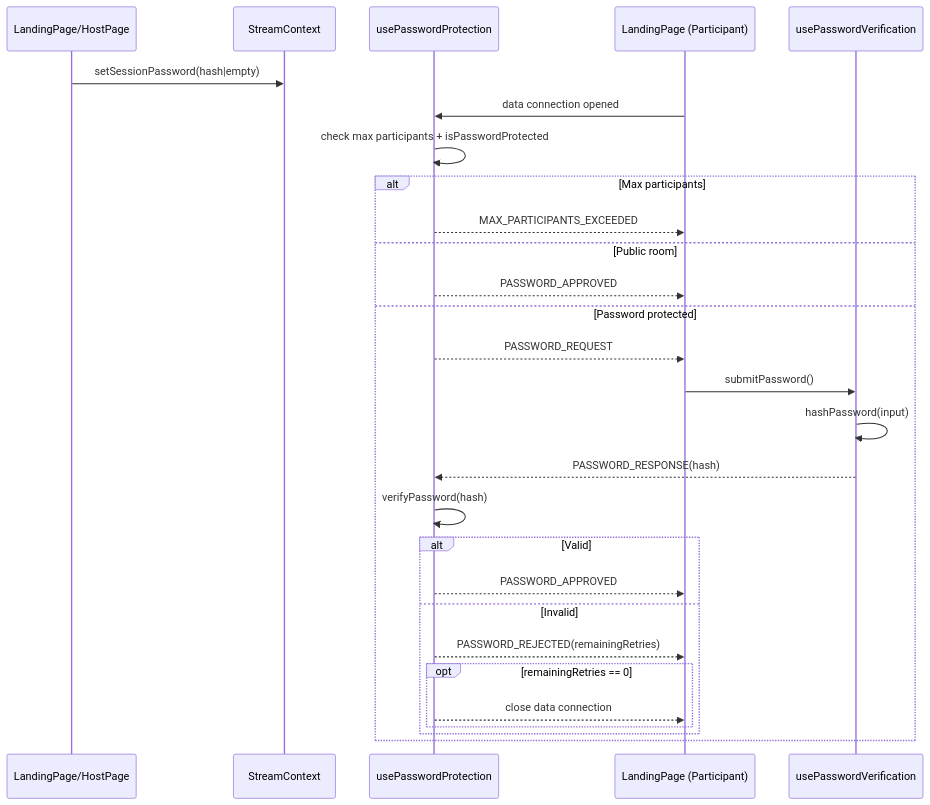
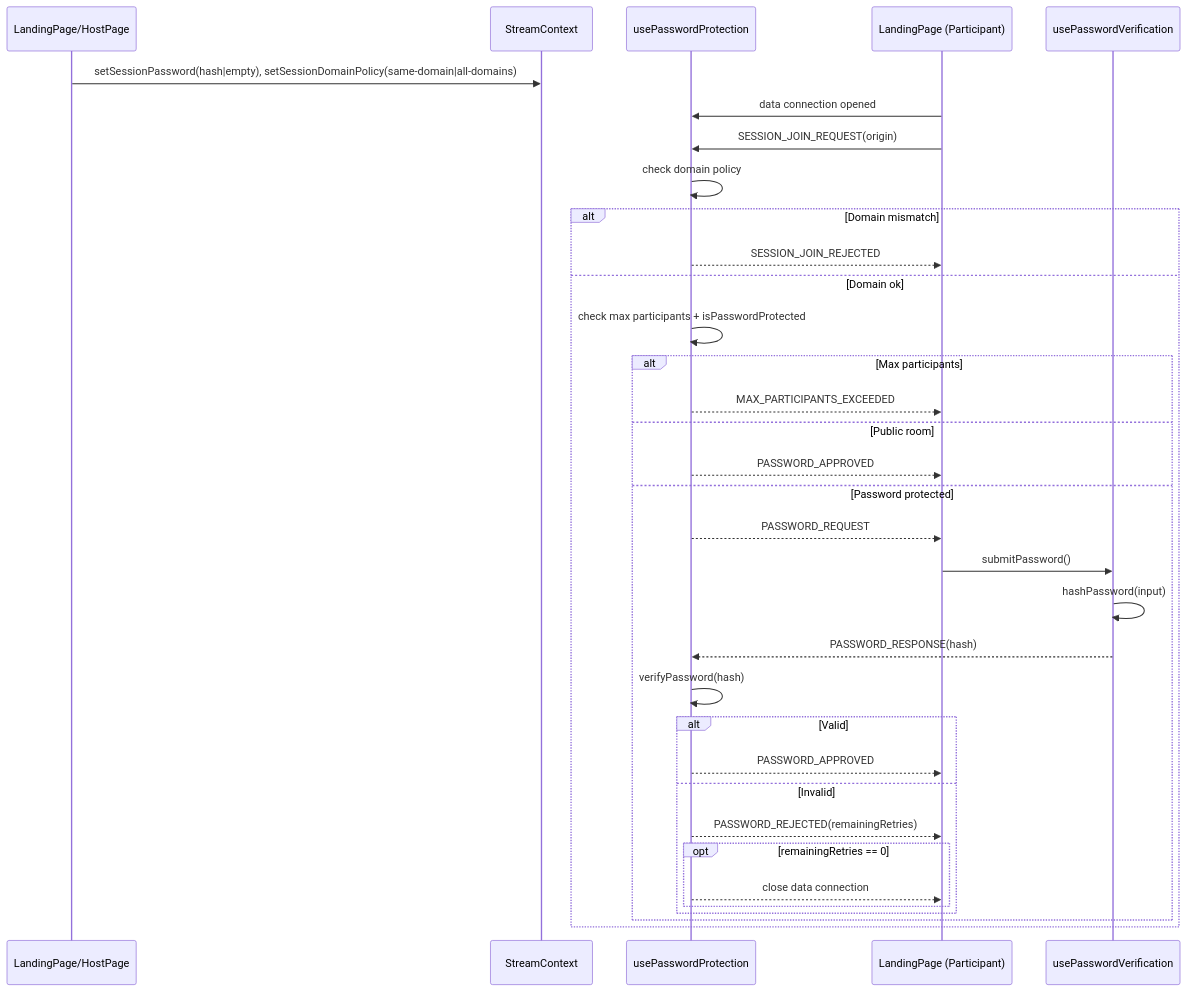
Before and after one commit to BackGwa/Perspective: the second of 9 diagrams in ARCHITECTURE.md, drawn with Mermaid. The commit also changed other lines of this file and 10 other files, not shown here.

Commit message:
Add option to set domain policy in session settings

````diff
--- a/ARCHITECTURE.md
+++ b/ARCHITECTURE.md
@@ -57,32 +63,38 @@
 ```mermaid
 sequenceDiagram
     participant Host as LandingPage/HostPage
     participant SC as StreamContext
     participant PwdH as usePasswordProtection
     participant Part as LandingPage (Participant)
     participant PwdV as usePasswordVerification
 
-    Host->>SC: setSessionPassword(hash|empty)
+    Host->>SC: setSessionPassword(hash|empty), setSessionDomainPolicy(same-domain|all-domains)
     Part->>PwdH: data connection opened
-    PwdH->>PwdH: check max participants + isPasswordProtected
+    Part->>PwdH: SESSION_JOIN_REQUEST(origin)
+    PwdH->>PwdH: check domain policy
 
-    alt Max participants
-        PwdH-->>Part: MAX_PARTICIPANTS_EXCEEDED
-    else Public room
-        PwdH-->>Part: PASSWORD_APPROVED
-    else Password protected
-        PwdH-->>Part: PASSWORD_REQUEST
-        Part->>PwdV: submitPassword()
-        PwdV->>PwdV: hashPassword(input)
-        PwdV-->>PwdH: PASSWORD_RESPONSE(hash)
-        PwdH->>PwdH: verifyPassword(hash)
-        alt Valid
+    alt Domain mismatch
+        PwdH-->>Part: SESSION_JOIN_REJECTED
+    else Domain ok
+        PwdH->>PwdH: check max participants + isPasswordProtected
+        alt Max participants
+            PwdH-->>Part: MAX_PARTICIPANTS_EXCEEDED
+        else Public room
             PwdH-->>Part: PASSWORD_APPROVED
-        else Invalid
-            PwdH-->>Part: PASSWORD_REJECTED(remainingRetries)
-            opt remainingRetries == 0
-                PwdH-->>Part: close data connection
+        else Password protected
+            PwdH-->>Part: PASSWORD_REQUEST
+            Part->>PwdV: submitPassword()
+            PwdV->>PwdV: hashPassword(input)
+            PwdV-->>PwdH: PASSWORD_RESPONSE(hash)
+            PwdH->>PwdH: verifyPassword(hash)
+            alt Valid
+                PwdH-->>Part: PASSWORD_APPROVED
+            else Invalid
+                PwdH-->>Part: PASSWORD_REJECTED(remainingRetries)
+                opt remainingRetries == 0
+                    PwdH-->>Part: close data connection
+                end
             end
         end
     end
 ```
````
